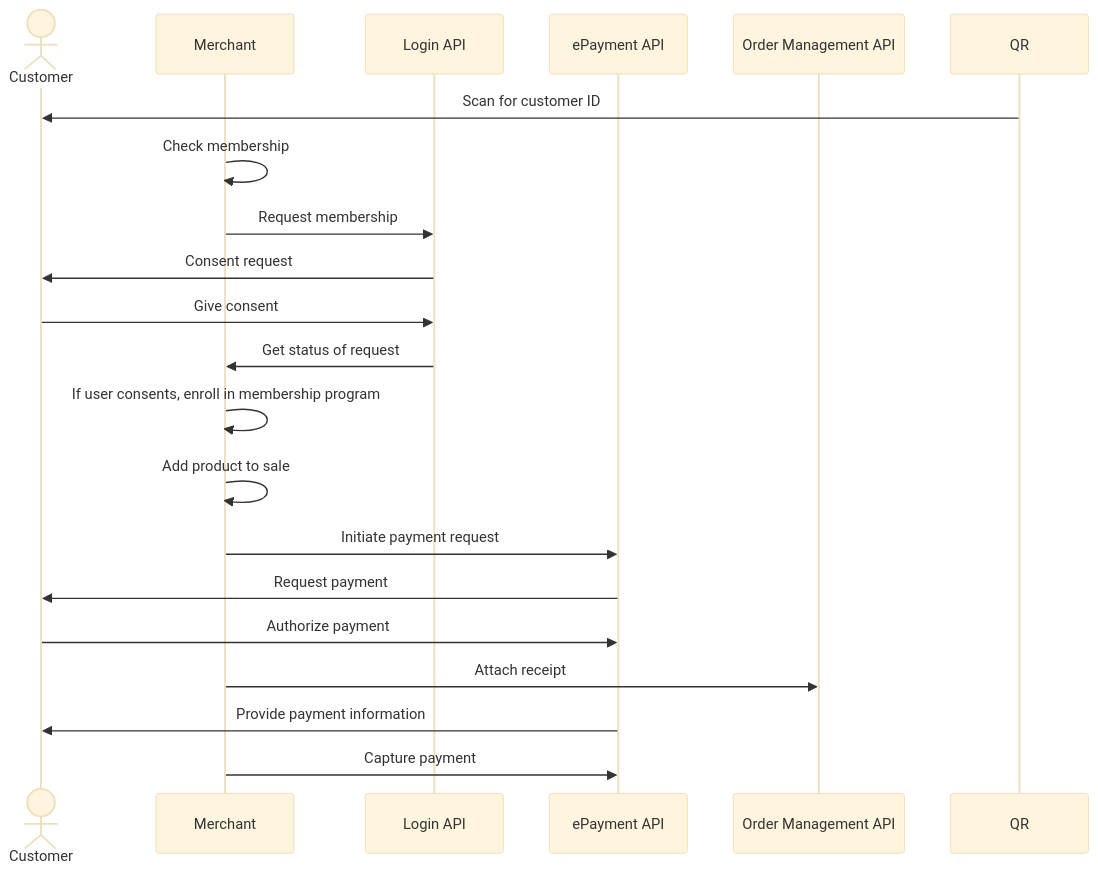
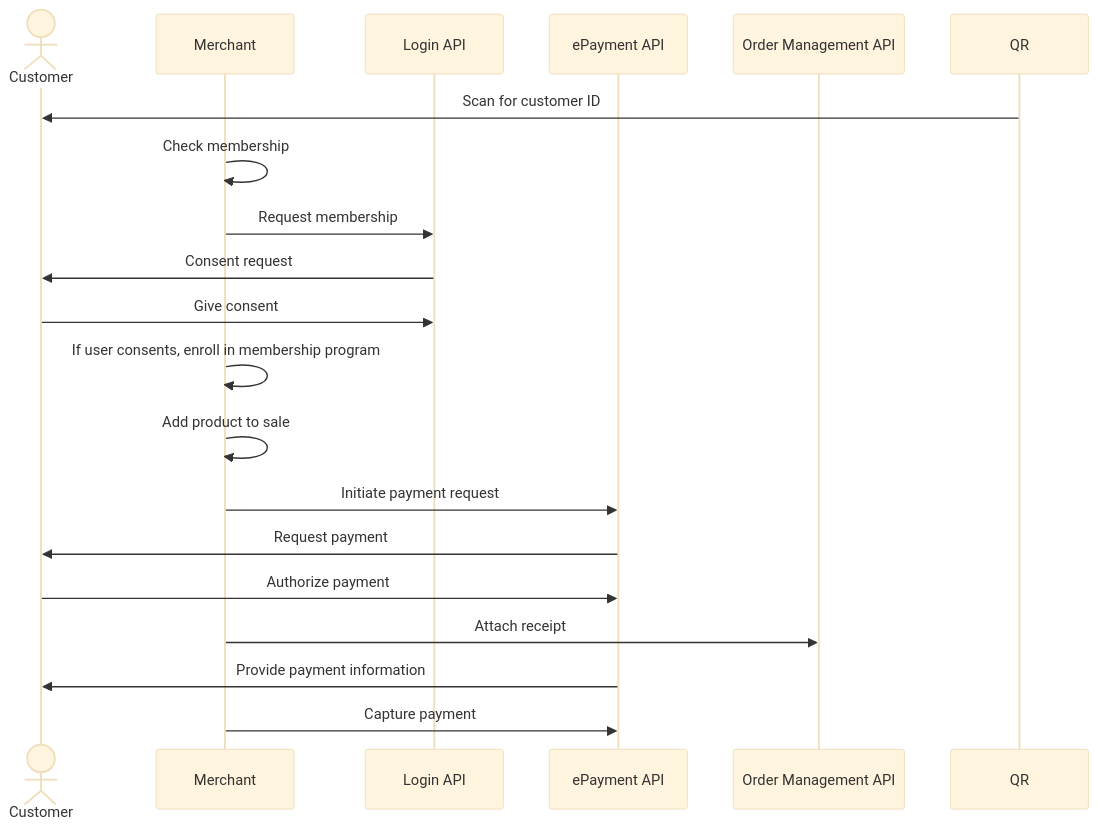
Before and after one commit to vippsas/vipps-solutions: the diagram in loyalty-in-pos/README.md, drawn with Mermaid (base theme).

Commit message:
Simplify sequence diagram

````diff
--- a/loyalty-in-pos/README.md
+++ b/loyalty-in-pos/README.md
@@ -156,23 +156,22 @@
 ``` mermaid
 sequenceDiagram
     actor C as Customer
     participant M as Merchant
     participant login as Login API
     participant ePayment as ePayment API
     participant ordermanagement as Order Management API
 
     QR->>C: Scan for customer ID
     M->>M: Check membership
     M->>login: Request membership
     login->>C: Consent request
     C->>login: Give consent
-    login->>M: Get status of request
     M->>M: If user consents, enroll in membership program
     M->>M: Add product to sale
     M->>ePayment: Initiate payment request
     ePayment->>C: Request payment
     C->>ePayment: Authorize payment
     M->> ordermanagement: Attach receipt
     ePayment->>C: Provide payment information
     M->>ePayment: Capture payment
 ```
````
